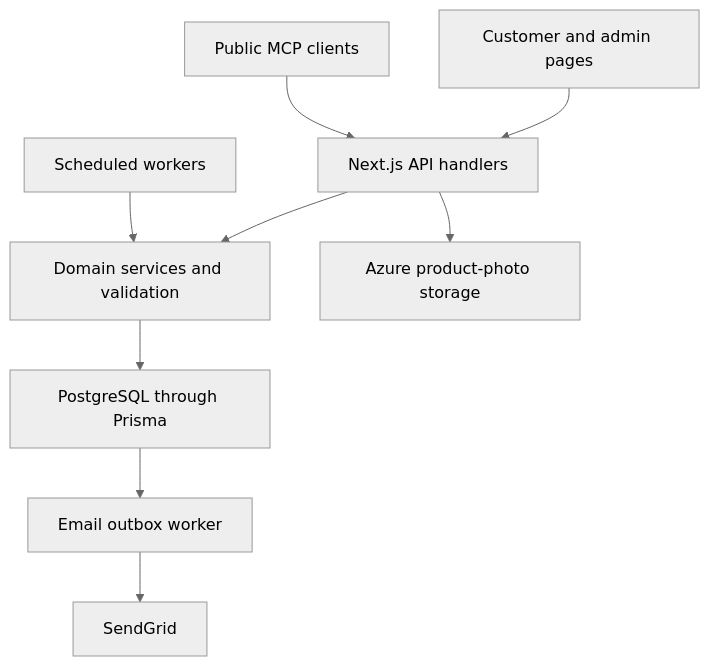
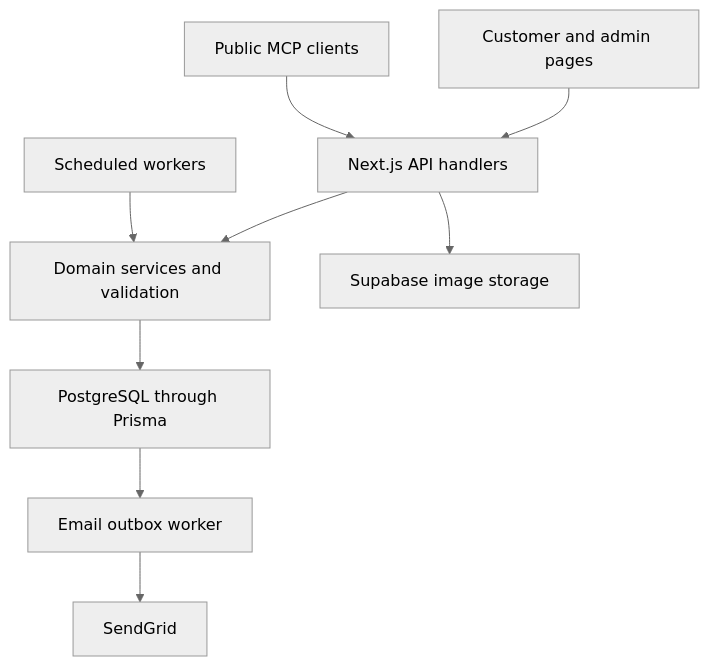
The diagram in docs/ARCHITECTURE.md (FreshOnTime/newfreshontimewebsite), drawn with Mermaid (neutral theme) before and after one commit. The commit also changed other lines of this file, not shown here.

Commit message:
Document Supabase image storage in docs/ARCHITECTURE.md

````diff
--- a/docs/ARCHITECTURE.md
+++ b/docs/ARCHITECTURE.md
@@ -7,11 +7,11 @@
 ```mermaid
 flowchart TD
   A["Customer and admin pages"] --> B["Next.js API handlers"]
   B --> C["Domain services and validation"]
   C --> D["PostgreSQL through Prisma"]
   E["Scheduled workers"] --> C
-  B --> F["Azure product-photo storage"]
+  B --> F["Supabase image storage"]
   D --> G["Email outbox worker"]
   G --> H["SendGrid"]
   I["Public MCP clients"] --> B
 ```
````
